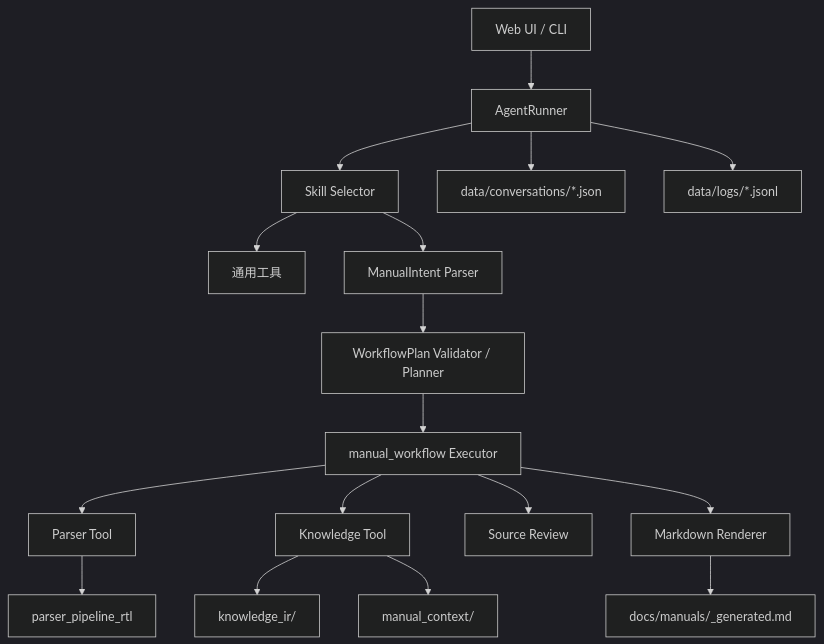
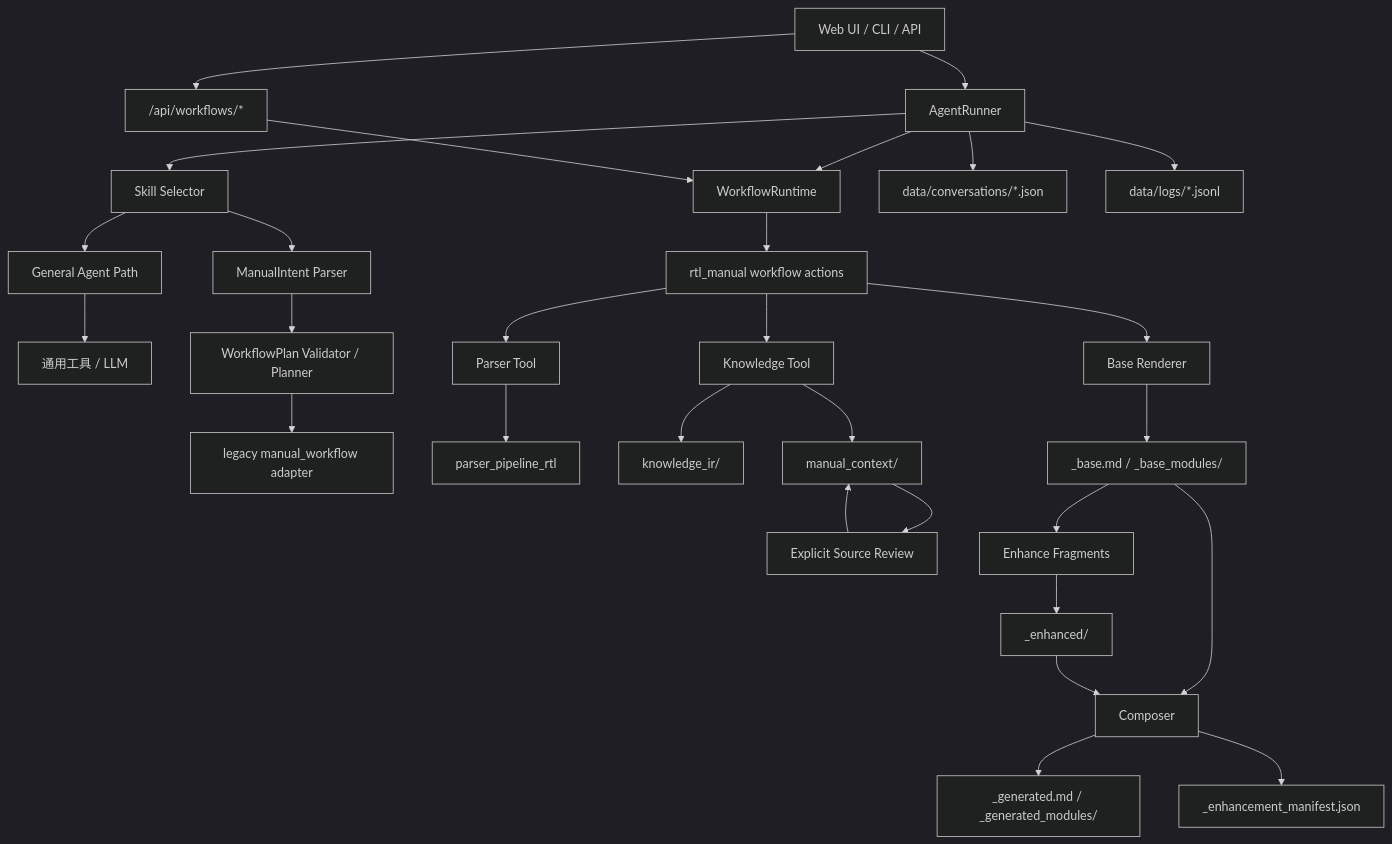
One commit to qcjjsyx/LX-Agent-main changed the diagram in LX-Agent-main/README.md. Above: the diagram before and after it, drawn with Mermaid (dark theme). The commit also changed other lines of this file and 3587 other files, not shown here.

````diff
--- a/LX-Agent-main/README.md
+++ b/LX-Agent-main/README.md
@@ -62,19 +71,31 @@
 ```mermaid
 flowchart TD
-    UI["Web UI / CLI"] --> Runner["AgentRunner"]
+    UI["Web UI / CLI / API"] --> Runner["AgentRunner"]
     Runner --> Selector["Skill Selector"]
-    Selector --> GeneralTools["通用工具"]
+    Selector --> GeneralAgent["General Agent Path"]
+    GeneralAgent --> GeneralTools["通用工具 / LLM"]
     Selector --> Intent["ManualIntent Parser"]
     Intent --> Planner["WorkflowPlan Validator / Planner"]
-    Planner --> ManualWorkflow["manual_workflow Executor"]
-    ManualWorkflow --> Parser["Parser Tool"]
+    Planner --> ManualWorkflow["legacy manual_workflow adapter"]
+    Runner --> Runtime["WorkflowRuntime"]
+    UI --> WorkflowAPI["/api/workflows/*"]
+    WorkflowAPI --> Runtime
+    Runtime --> RtlManual["rtl_manual workflow actions"]
+    RtlManual --> Parser["Parser Tool"]
     Parser --> ParserArtifacts["parser_pipeline_rtl"]
-    ManualWorkflow --> Knowledge["Knowledge Tool"]
+    RtlManual --> Knowledge["Knowledge Tool"]
     Knowledge --> KnowledgeIR["knowledge_ir/<top_module>"]
     Knowledge --> ManualContext["manual_context/<top_module>"]
-    ManualWorkflow --> SourceReview["Source Review"]
-    ManualWorkflow --> Render["Markdown Renderer"]
-    Render --> Manual["docs/manuals/<top_module>_generated.md"]
+    RtlManual --> BaseRender["Base Renderer"]
+    ManualContext --> SourceReview["Explicit Source Review"]
+    SourceReview --> ManualContext
+    BaseRender --> BaseManual["<top_module>_base.md / _base_modules/"]
+    BaseManual --> Enhance["Enhance Fragments"]
+    Enhance --> Enhanced["<top_module>_enhanced/"]
+    BaseManual --> Compose["Composer"]
+    Enhanced --> Compose
+    Compose --> Manual["<top_module>_generated.md / _generated_modules/"]
+    Compose --> Manifest["<top_module>_enhancement_manifest.json"]
     Runner --> ConversationStore["data/conversations/*.json"]
     Runner --> EventLogs["data/logs/*.jsonl"]
 ```
````
